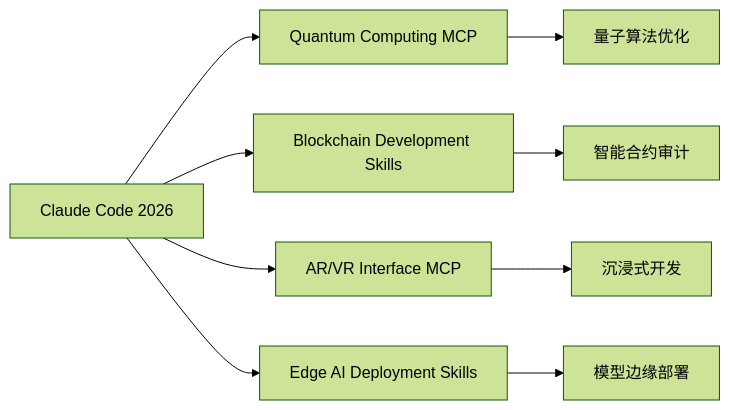
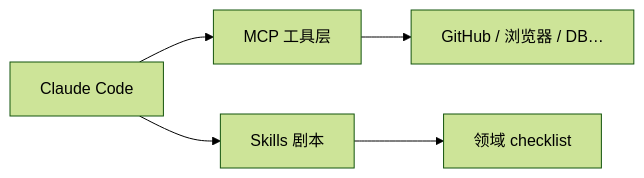
One commit to zhaofutao04/zblog changed the second of 2 diagrams in docs/_posts/claude-code-advanced-usage-guide.md. Above: the diagram before and after it, drawn with Mermaid (forest theme). The commit also changed other lines of this file and 4 other files, not shown here.

````diff
--- a/docs/_posts/claude-code-advanced-usage-guide.md
+++ b/docs/_posts/claude-code-advanced-usage-guide.md
@@ -489,12 +486,7 @@
 ```mermaid
 flowchart LR
-    A[Claude Code 2026] --> B[Quantum Computing MCP]
-    A --> C[Blockchain Development Skills]
-    A --> D[AR/VR Interface MCP]
-    A --> E[Edge AI Deployment Skills]
-
-    B --> F[量子算法优化]
-    C --> G[智能合约审计]
-    D --> H[沉浸式开发]
-    E --> I[模型边缘部署]
+  CC[Claude Code] --> MCP[MCP 工具层]
+  CC --> SK[Skills 剧本]
+  MCP --> GH[GitHub / 浏览器 / DB…]
+  SK --> DOM[领域 checklist]
 ```
````
